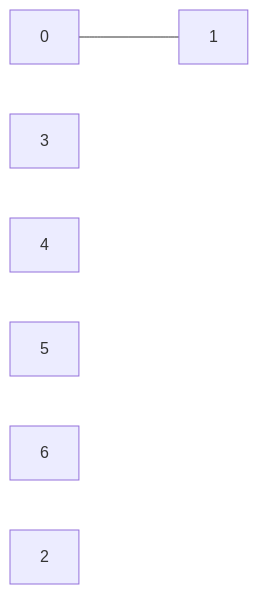
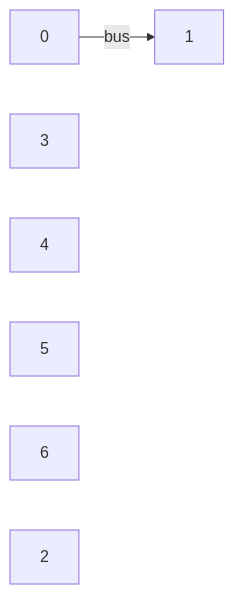
One commit to boddaert/nsi changed the third of 3 diagrams in terminale/Structures_relationnelles_de_données/Graphes.md. Above: the diagram before and after it, drawn with Mermaid.

````diff
--- a/terminale/Structures_relationnelles_de_données/Graphes.md
+++ b/terminale/Structures_relationnelles_de_données/Graphes.md
@@ -132,11 +132,11 @@
 ```mermaid
     flowchart LR
         A["0"]
         B["1"]
         D["3"]
         E["4"]
         F["5"]
         G["6"]
         C["2"]
-        A----B
+        A-- bus -->B
 ```
````
